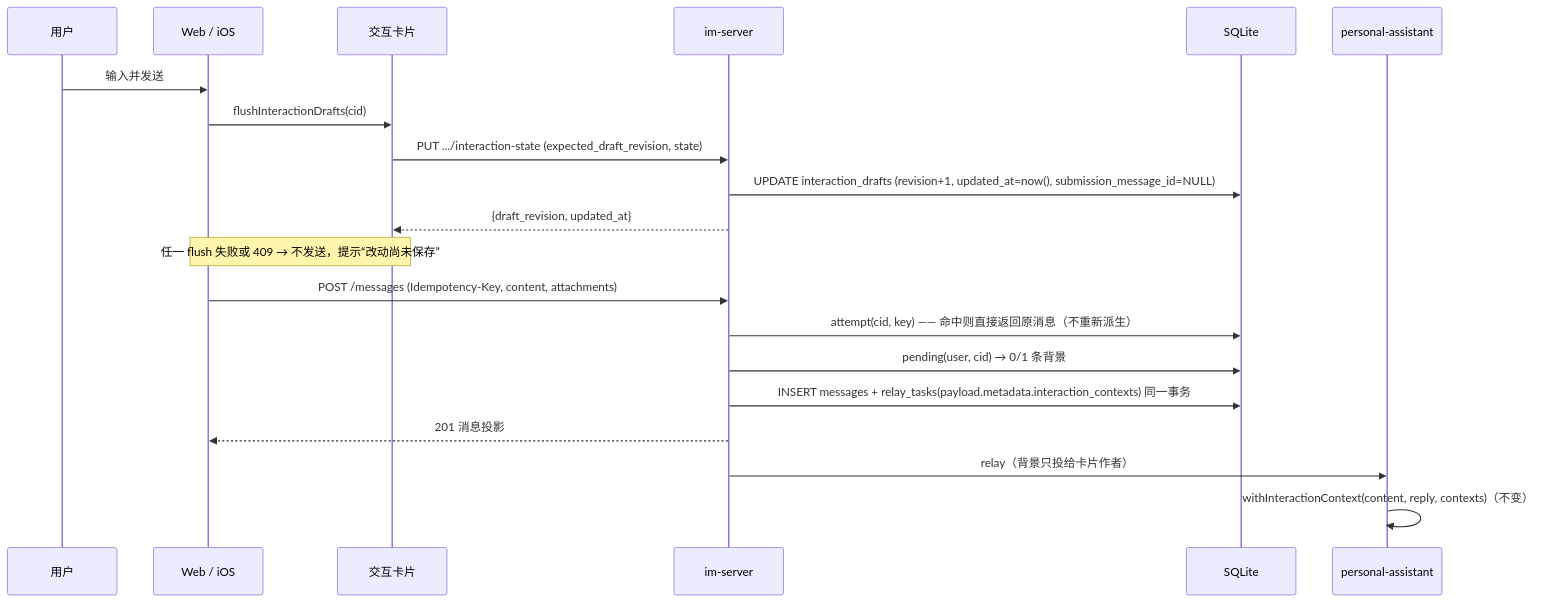
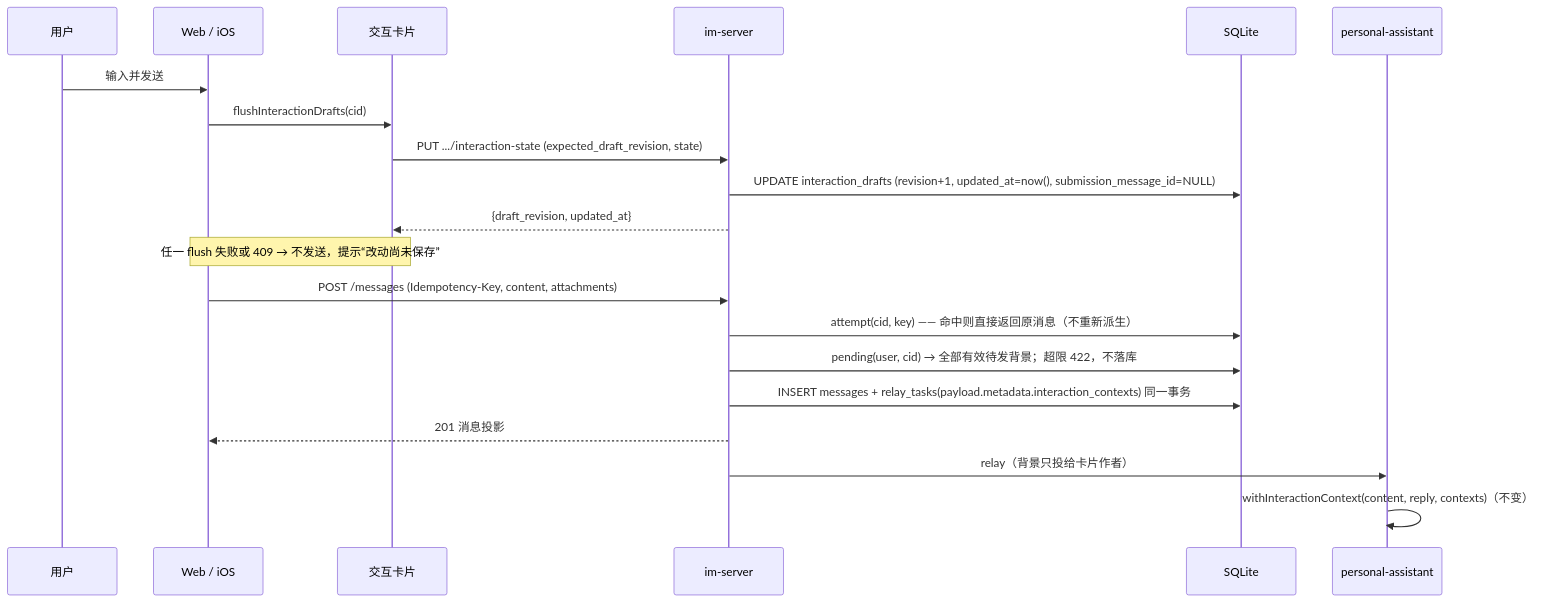
The fourth of 4 diagrams in docs/changes/feat-716-interactive-background-one-shot/design.md (Mrchen116/nano-multiagent), drawn with Mermaid before and after one commit. The commit also changed other lines of this file and 5 other files, not shown here.

````diff
--- a/docs/changes/feat-716-interactive-background-one-shot/design.md
+++ b/docs/changes/feat-716-interactive-background-one-shot/design.md
@@ -295,23 +309,23 @@
 ```mermaid
 sequenceDiagram
     participant U as 用户
     participant C as Web / iOS
     participant Card as 交互卡片
     participant IM as im-server
     participant DB as SQLite
     participant PA as personal-assistant
 
     U->>C: 输入并发送
     C->>Card: flushInteractionDrafts(cid)
     Card->>IM: PUT .../interaction-state (expected_draft_revision, state)
     IM->>DB: UPDATE interaction_drafts (revision+1, updated_at=now(), submission_message_id=NULL)
     IM-->>Card: {draft_revision, updated_at}
     Note over C,Card: 任一 flush 失败或 409 → 不发送，提示“改动尚未保存”
     C->>IM: POST /messages (Idempotency-Key, content, attachments)
     IM->>DB: attempt(cid, key) —— 命中则直接返回原消息（不重新派生）
-    IM->>DB: pending(user, cid) → 0/1 条背景
+    IM->>DB: pending(user, cid) → 全部有效待发背景；超限 422，不落库
     IM->>DB: INSERT messages + relay_tasks(payload.metadata.interaction_contexts) 同一事务
     IM-->>C: 201 消息投影
     IM->>PA: relay（背景只投给卡片作者）
     PA->>PA: withInteractionContext(content, reply, contexts)（不变）
 ```
````
